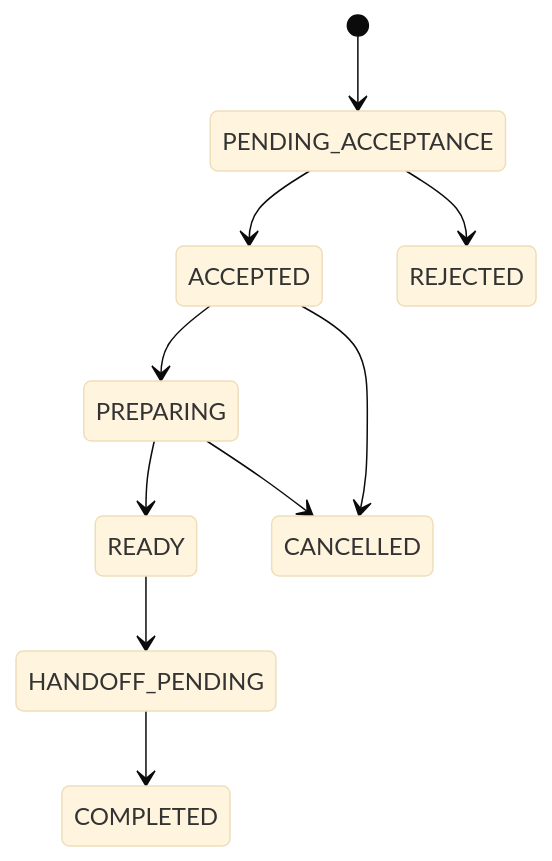
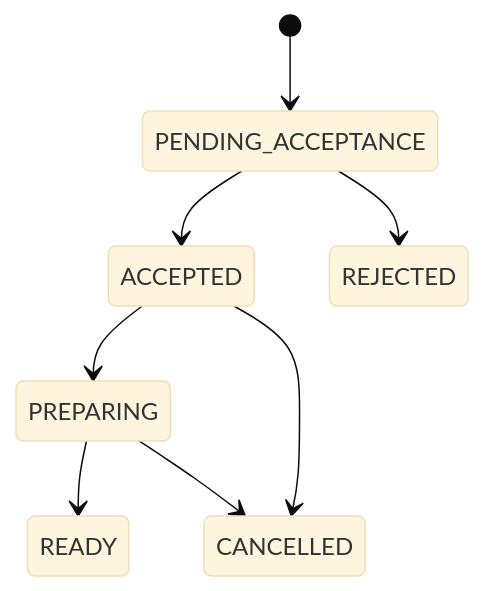
The seventh of 13 diagrams in docs/02-detailed-architecture.md (anshikuper/cheffybites), drawn with Mermaid (base theme) before and after one commit. The commit also changed other lines of this file and 13 other files, not shown here.

Commit message:
Architecture baseline

````diff
--- a/docs/02-detailed-architecture.md
+++ b/docs/02-detailed-architecture.md
@@ -1744,12 +1826,10 @@
 ```mermaid
 stateDiagram-v2
     [*] --> PENDING_ACCEPTANCE
     PENDING_ACCEPTANCE --> ACCEPTED
     PENDING_ACCEPTANCE --> REJECTED
     ACCEPTED --> PREPARING
+    ACCEPTED --> CANCELLED
     PREPARING --> READY
-    READY --> HANDOFF_PENDING
-    HANDOFF_PENDING --> COMPLETED
-    ACCEPTED --> CANCELLED
     PREPARING --> CANCELLED
 ```
````
